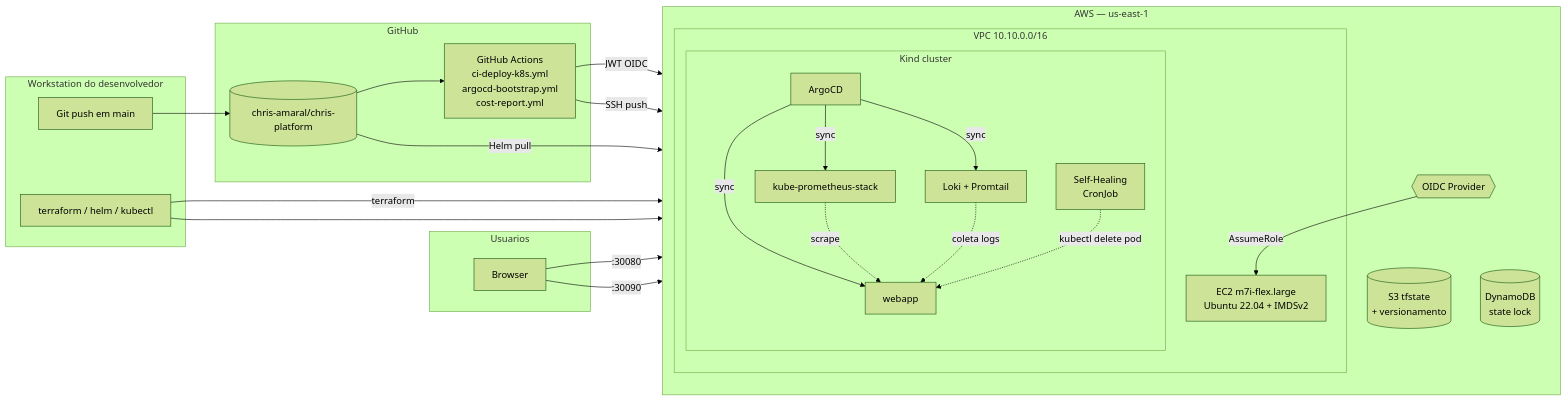
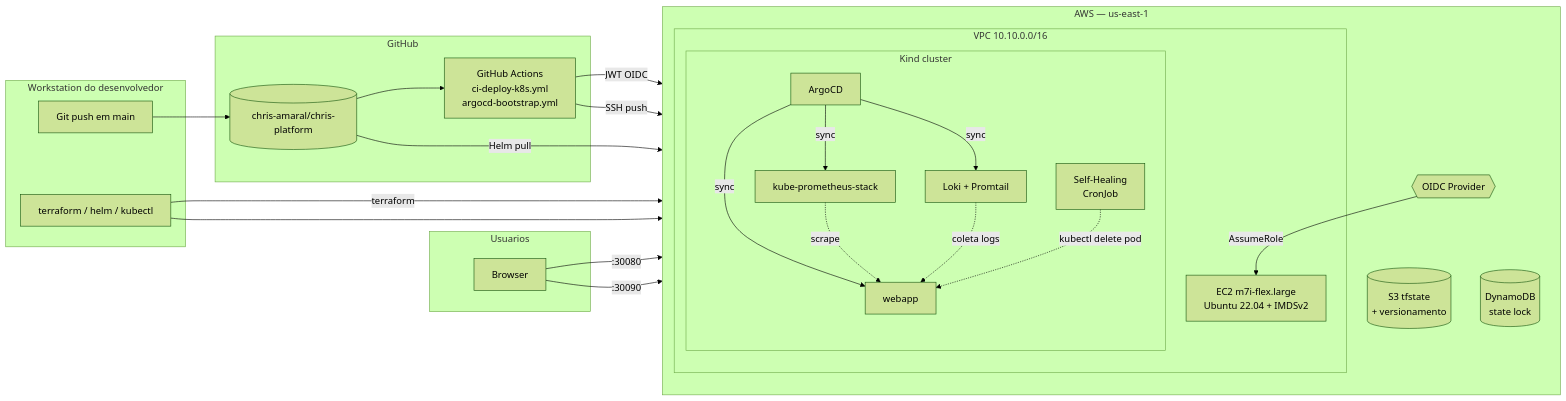
One commit to chris-amaral/chris-platform changed the first of 4 diagrams in docs/architecture.md. Above: the diagram before and after it, drawn with Mermaid (forest theme). The commit also changed other lines of this file and 5 other files, not shown here.

Commit message:
refactor(cost-report): converter workflow em referencia teorica documentada

````diff
--- a/docs/architecture.md
+++ b/docs/architecture.md
@@ -9,51 +9,51 @@
 ```mermaid
 flowchart LR
   subgraph DEV["Workstation do desenvolvedor"]
     GIT[Git push em main]
     CLI[terraform / helm / kubectl]
   end
 
   subgraph GH["GitHub"]
     REPO[(chris-amaral/chris-platform)]
-    ACT["GitHub Actions<br/>ci-deploy-k8s.yml<br/>argocd-bootstrap.yml<br/>cost-report.yml"]
+    ACT["GitHub Actions<br/>ci-deploy-k8s.yml<br/>argocd-bootstrap.yml"]
   end
 
   subgraph AWS["AWS — us-east-1"]
     direction TB
     OIDC{{OIDC Provider}}
     S3[(S3 tfstate<br/>+ versionamento)]
     DDB[(DynamoDB<br/>state lock)]
 
     subgraph VPC["VPC 10.10.0.0/16"]
       EC2[EC2 m7i-flex.large<br/>Ubuntu 22.04 + IMDSv2]
       subgraph KIND["Kind cluster"]
         ARGO[ArgoCD]
         APP[webapp]
         SH[Self-Healing<br/>CronJob]
         PROM[kube-prometheus-stack]
         LOKI[Loki + Promtail]
       end
     end
   end
 
   subgraph USR["Usuarios"]
     BROWSER[Browser]
   end
 
   GIT --> REPO
   REPO --> ACT
   ACT -->|JWT OIDC| OIDC
   OIDC -->|AssumeRole| EC2
   ACT -->|SSH push| EC2
   REPO -->|Helm pull| ARGO
   ARGO -->|sync| APP
   ARGO -->|sync| PROM
   ARGO -->|sync| LOKI
   CLI -->|terraform| S3
   CLI --> DDB
   BROWSER -->|:30080| ARGO
   BROWSER -->|:30090| PROM
   PROM -.->|scrape| APP
   LOKI -.->|coleta logs| APP
   SH -.->|kubectl delete pod| APP
 ```
````
